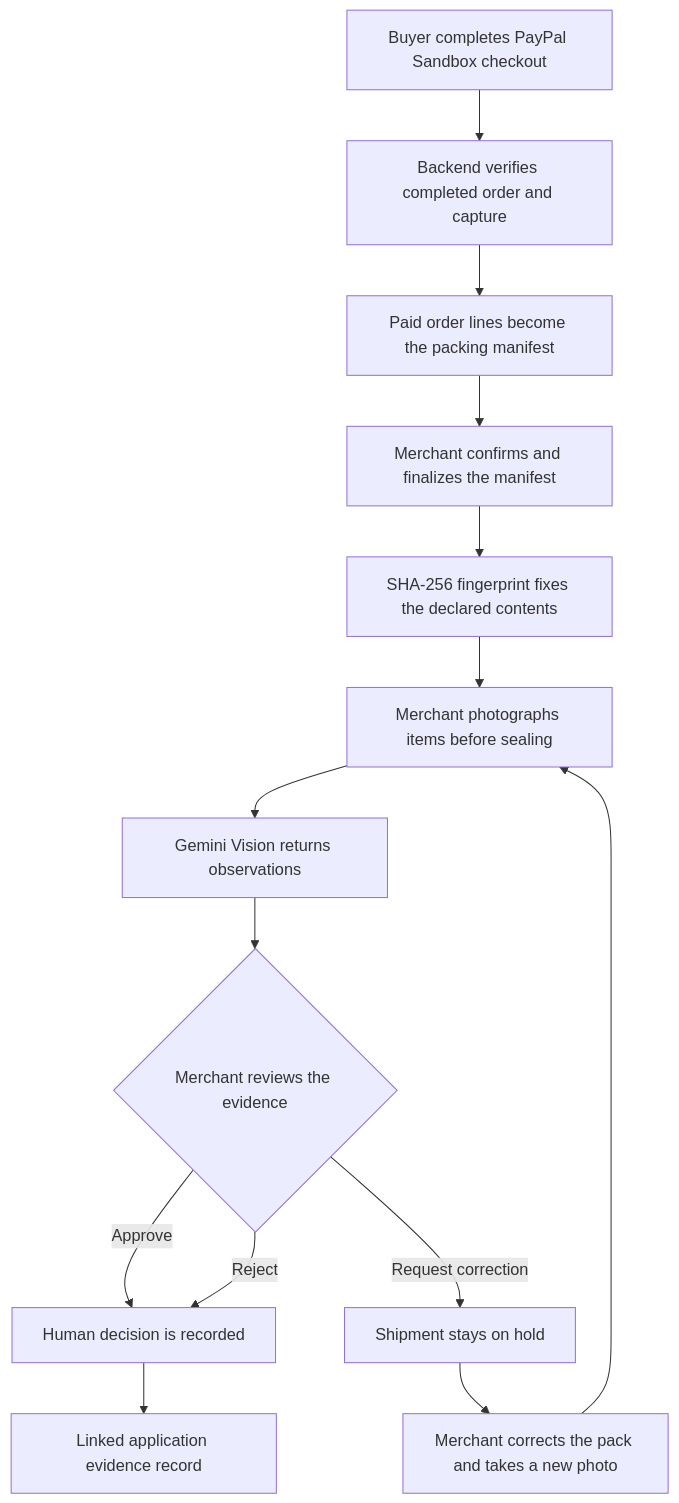
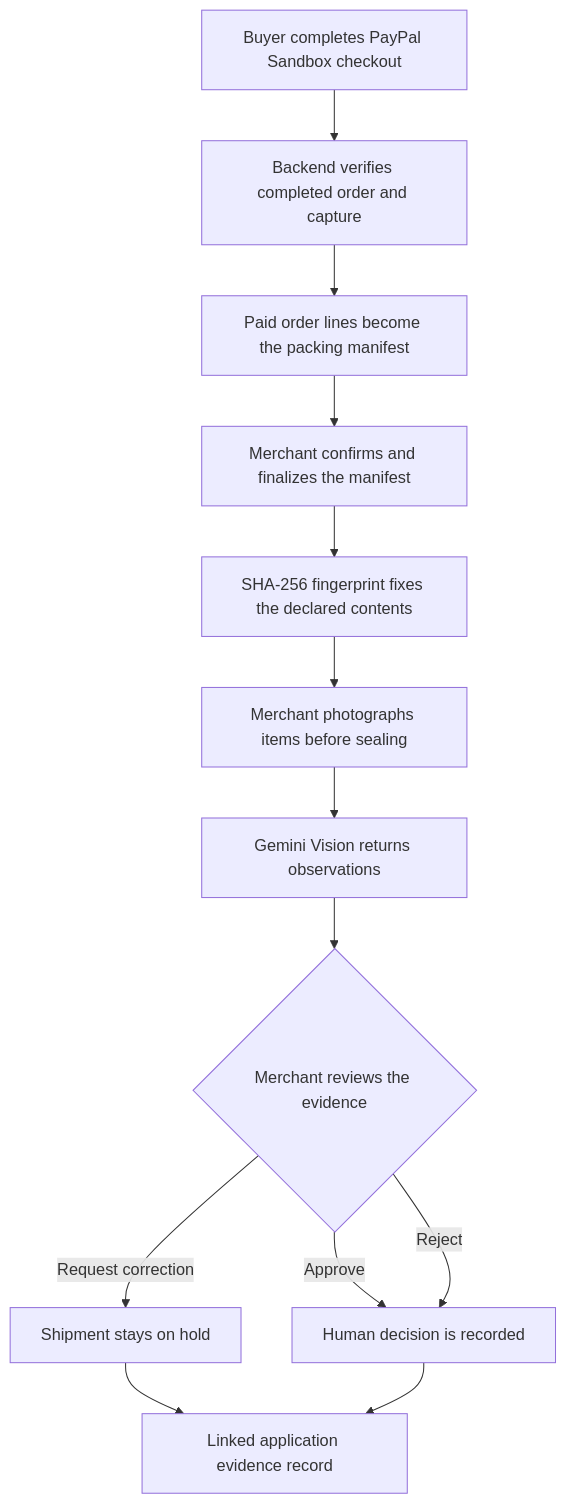
One commit to BasutkarSony/ParcelProof-AI changed the diagram in README.md. Above: the diagram before and after it, drawn with Mermaid. The commit also changed other lines of this file, not shown here.

Commit message:
Clarify demonstrated packing correction workflow

````diff
--- a/README.md
+++ b/README.md
@@ -19,16 +19,15 @@
 ```mermaid
 flowchart TD
     A["Buyer completes PayPal Sandbox checkout"] --> B["Backend verifies completed order and capture"]
     B --> C["Paid order lines become the packing manifest"]
     C --> D["Merchant confirms and finalizes the manifest"]
     D --> E["SHA-256 fingerprint fixes the declared contents"]
     E --> F["Merchant photographs items before sealing"]
     F --> G["Gemini Vision returns observations"]
     G --> H{"Merchant reviews the evidence"}
     H -->|Approve| I["Human decision is recorded"]
     H -->|Request correction| J["Shipment stays on hold"]
-    J --> K["Merchant corrects the pack and takes a new photo"]
-    K --> F
+    J --> L["Linked application evidence record"]
     H -->|Reject| I
-    I --> L["Linked application evidence record"]
+    I --> L
 ```
````
